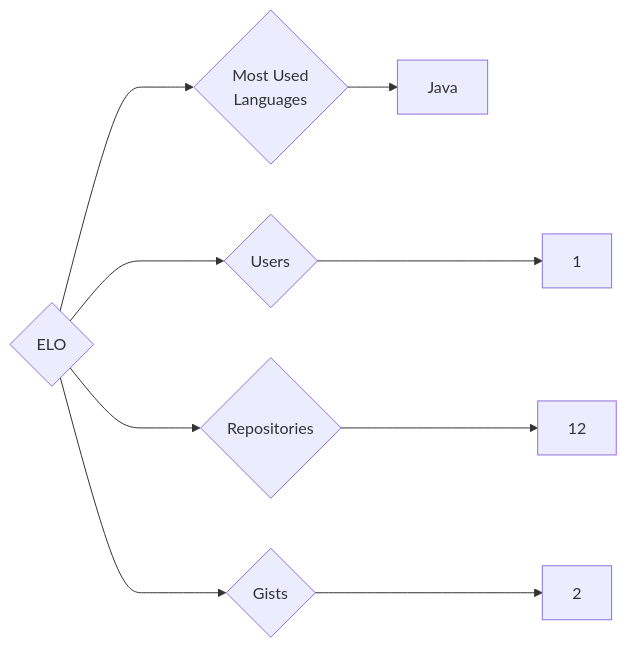
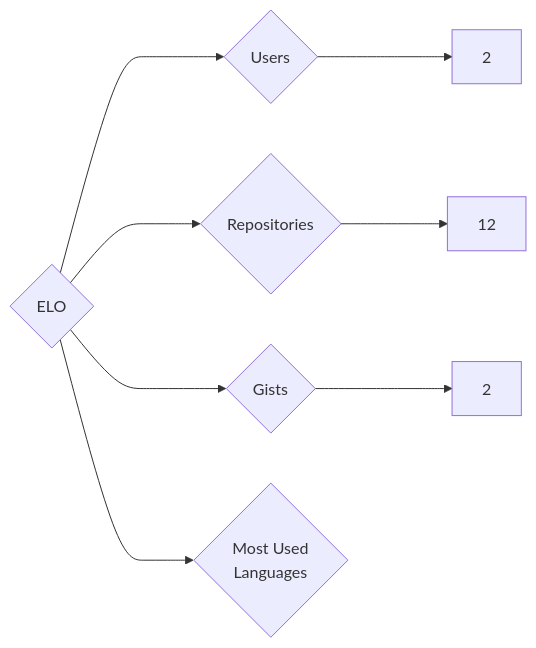
The diagram in targets/ELO/README.md (trickest/insiders), drawn with Mermaid before and after one commit. The commit also changed 1023 other files, not shown here.

````diff
--- a/targets/ELO/README.md
+++ b/targets/ELO/README.md
@@ -3,9 +3,8 @@
 ```mermaid
 graph LR
 COMPANY_NAME{ELO}
-COMPANY_NAME ---> U{Users} ---> UN[1]
+COMPANY_NAME ---> U{Users} ---> UN[2]
 COMPANY_NAME ---> R{Repositories} ---> RN[12]
 COMPANY_NAME ---> G{Gists} ---> GN[2]
 COMPANY_NAME ---> ML{Most Used<br>Languages}
-ML --> Java[Java]
 ```
````
